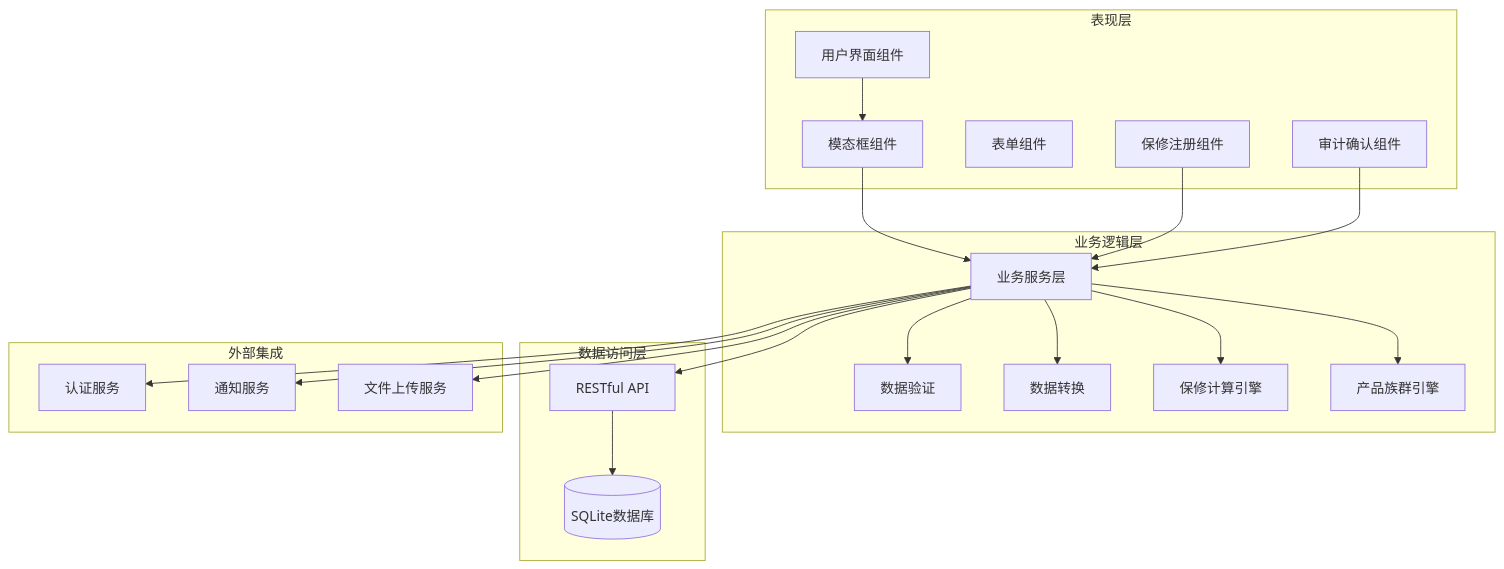
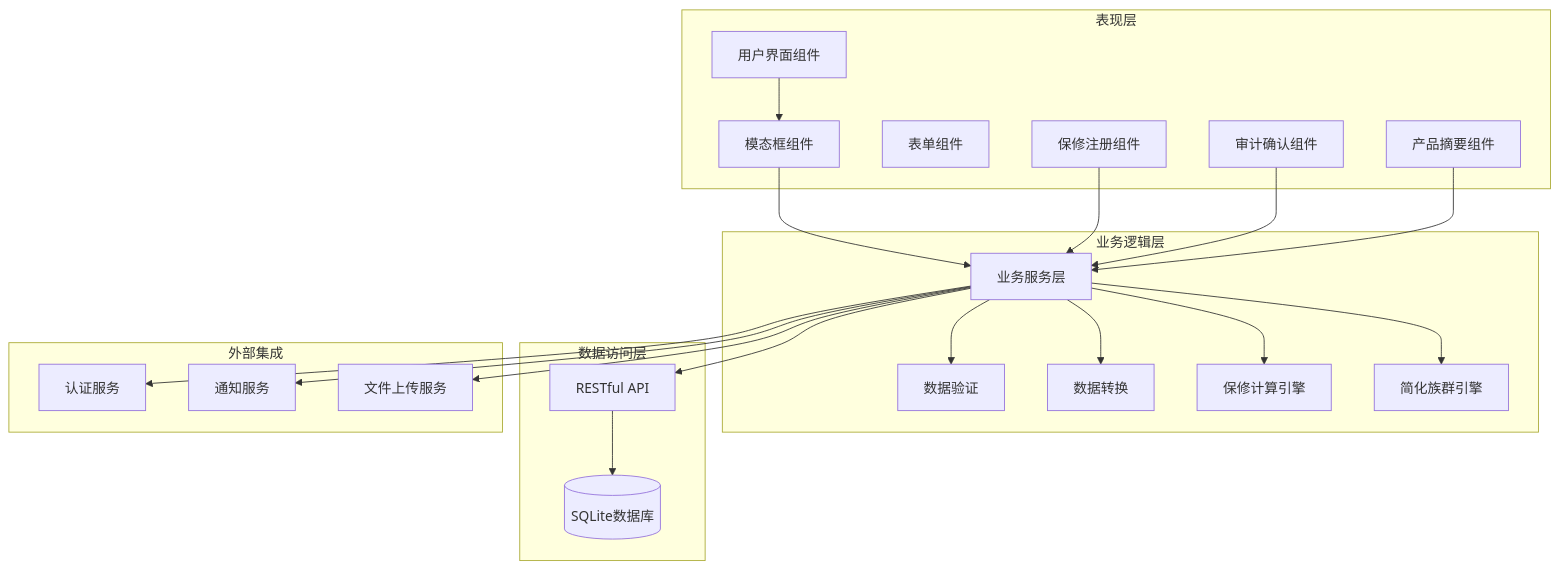
The third of 20 diagrams in .qoder/repowiki/zh/content/前端组件架构/产品详情页面组件/产品编辑模态框.md (CubeEdge/Longhorn), drawn with Mermaid before and after one commit. The commit also changed other lines of this file and 53 other files, not shown here.

````diff
--- a/.qoder/repowiki/zh/content/前端组件架构/产品详情页面组件/产品编辑模态框.md
+++ b/.qoder/repowiki/zh/content/前端组件架构/产品详情页面组件/产品编辑模态框.md
@@ -193,39 +201,41 @@
 ```mermaid
 graph TB
 subgraph "表现层"
 UI[用户界面组件]
 MODAL[模态框组件]
 FORM[表单组件]
 WARRANTY[保修注册组件]
 AUDIT[审计确认组件]
+SUMMARY[产品摘要组件]
 end
 subgraph "业务逻辑层"
 SERVICE[业务服务层]
 VALIDATION[数据验证]
 TRANSFORMATION[数据转换]
 WARRANTY_ENGINE[保修计算引擎]
-FAMILY_ENGINE[产品族群引擎]
+SIMPLIFIED_FAMILY[简化族群引擎]
 end
 subgraph "数据访问层"
 API[RESTful API]
 DATABASE[(SQLite数据库)]
 end
 subgraph "外部集成"
 AUTH[认证服务]
 NOTIFICATION[通知服务]
 UPLOAD[文件上传服务]
 end
 UI --> MODAL
 MODAL --> SERVICE
 WARRANTY --> SERVICE
 AUDIT --> SERVICE
+SUMMARY --> SERVICE
 SERVICE --> VALIDATION
 SERVICE --> TRANSFORMATION
 SERVICE --> WARRANTY_ENGINE
-SERVICE --> FAMILY_ENGINE
+SERVICE --> SIMPLIFIED_FAMILY
 SERVICE --> API
 API --> DATABASE
 SERVICE --> AUTH
 SERVICE --> NOTIFICATION
 SERVICE --> UPLOAD
 ```
````
